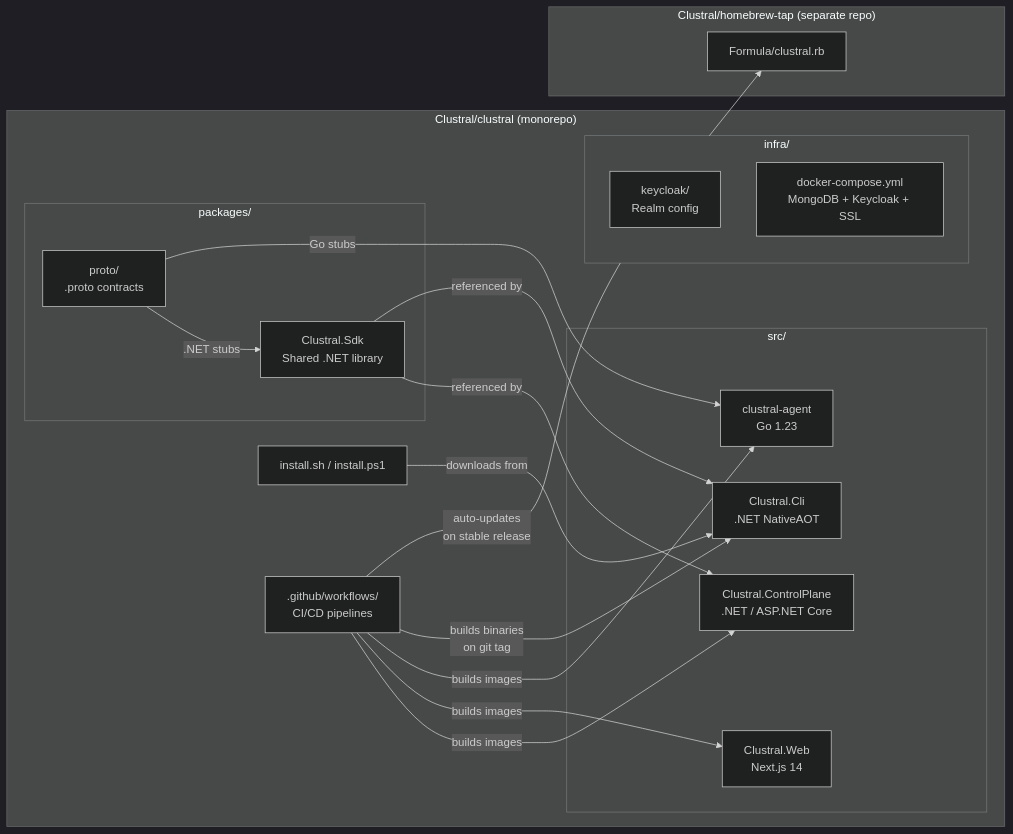
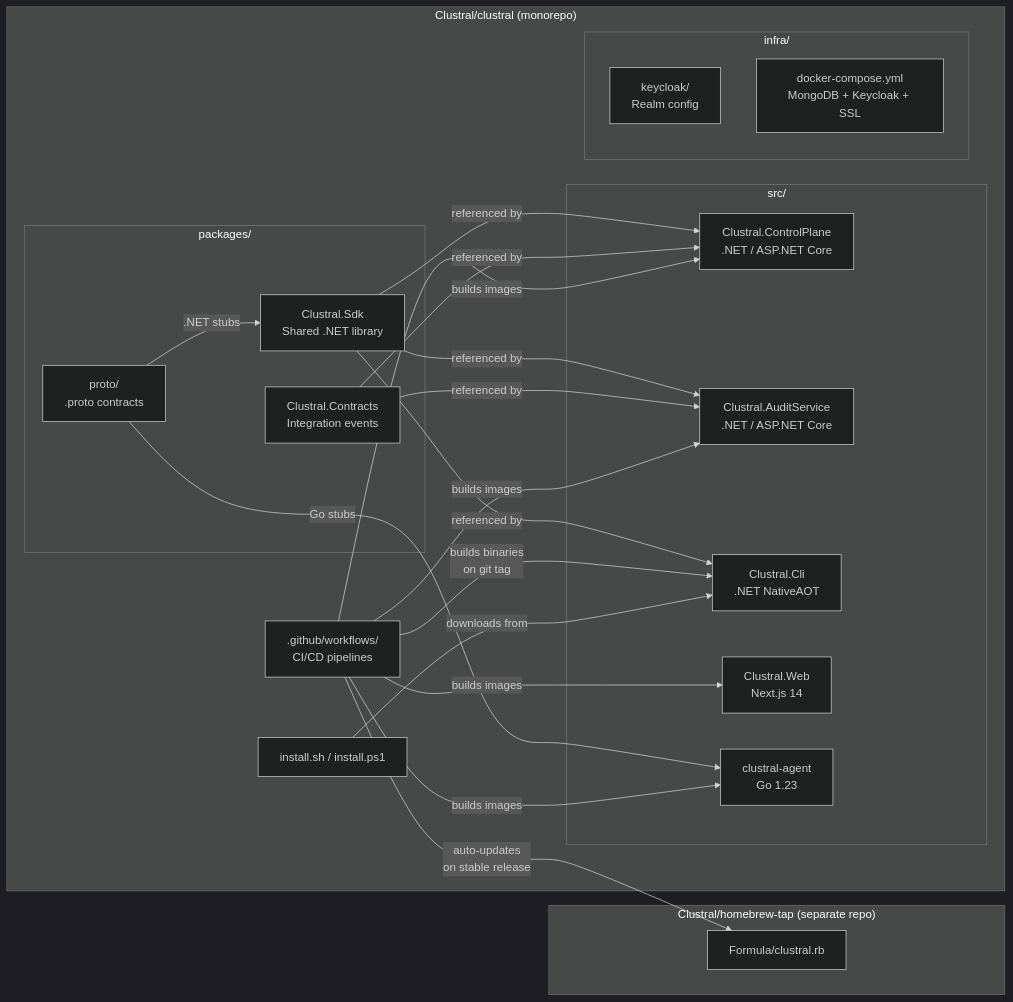
Diagram 13 of 18 in README.md (Clustral/clustral), drawn with Mermaid (dark theme) before and after one commit. The commit also changed other lines of this file, not shown here.

First line of the commit message:
docs: add audit logging section + update diagrams with event codes

````diff
--- a/README.md
+++ b/README.md
@@ -963,39 +1117,45 @@
 ```mermaid
 graph LR
     subgraph "Clustral/clustral (monorepo)"
         subgraph "src/"
             CP["Clustral.ControlPlane<br/>.NET / ASP.NET Core"]
+            AUDIT["Clustral.AuditService<br/>.NET / ASP.NET Core"]
             CLI["Clustral.Cli<br/>.NET NativeAOT"]
             WEB["Clustral.Web<br/>Next.js 14"]
             AGENT["clustral-agent<br/>Go 1.23"]
         end
 
         subgraph "packages/"
             SDK["Clustral.Sdk<br/>Shared .NET library"]
+            CONTRACTS["Clustral.Contracts<br/>Integration events"]
             PROTO["proto/<br/>.proto contracts"]
         end
 
         subgraph "infra/"
             KC["keycloak/<br/>Realm config"]
             INFRA_DC["docker-compose.yml<br/>MongoDB + Keycloak + SSL"]
         end
 
         INSTALL["install.sh / install.ps1"]
         CI[".github/workflows/<br/>CI/CD pipelines"]
     end
 
     subgraph "Clustral/homebrew-tap (separate repo)"
         BREW["Formula/clustral.rb"]
     end
 
     SDK -->|"referenced by"| CP
     SDK -->|"referenced by"| CLI
+    SDK -->|"referenced by"| AUDIT
+    CONTRACTS -->|"referenced by"| CP
+    CONTRACTS -->|"referenced by"| AUDIT
     PROTO -->|".NET stubs"| SDK
     PROTO -->|"Go stubs"| AGENT
     CI -->|"builds images"| CP
+    CI -->|"builds images"| AUDIT
     CI -->|"builds images"| WEB
     CI -->|"builds images"| AGENT
     CI -->|"builds binaries<br/>on git tag"| CLI
     CI -->|"auto-updates<br/>on stable release"| BREW
     INSTALL -->|"downloads from"| CLI
 ```
````
